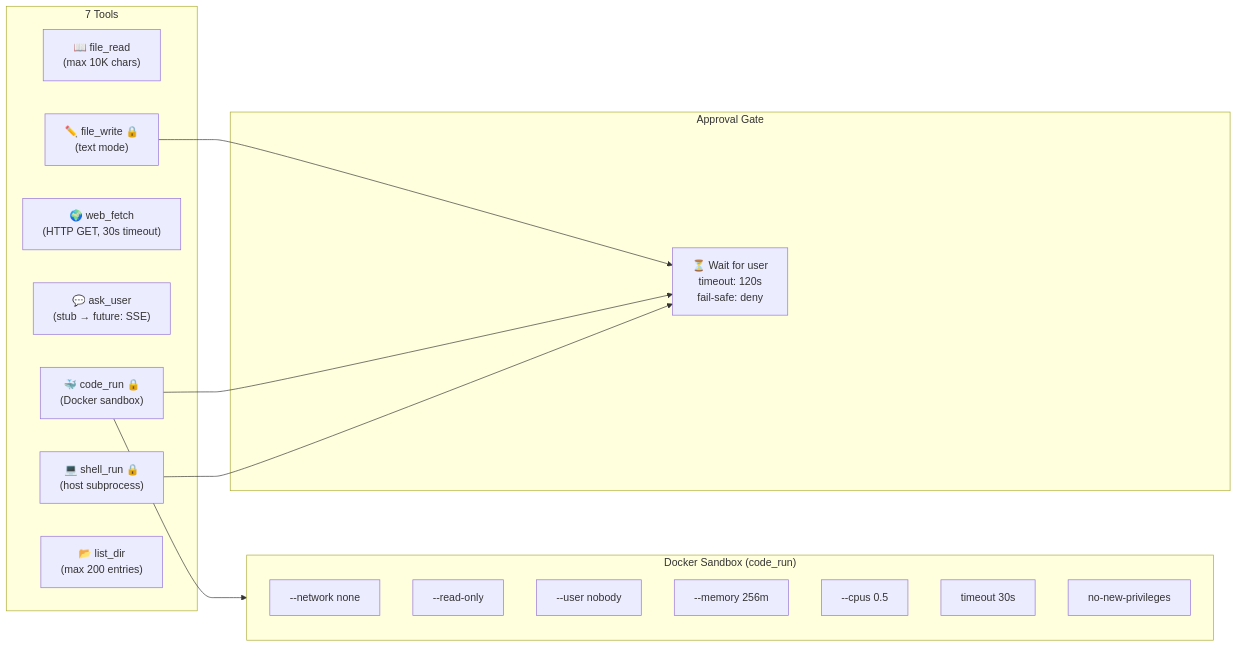
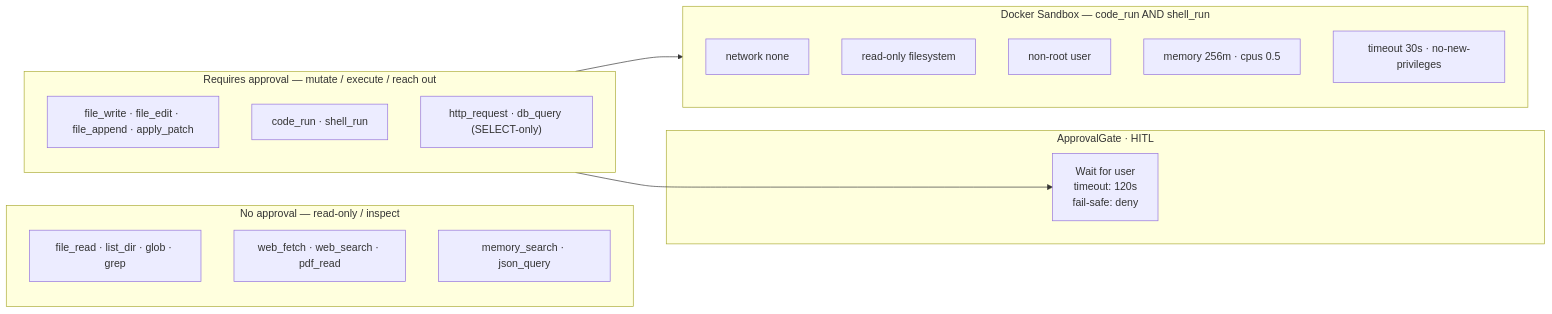
The third of 5 diagrams in README.md (MuhammadHasbiAshshiddieqy/OpenClawn), drawn with Mermaid before and after one commit. The commit also changed other lines of this file, not shown here.

First line of the commit message:
docs(readme): audit + fix diagrams, drop emoji, sync with actual code

````diff
--- a/README.md
+++ b/README.md
@@ -235,32 +254,32 @@
 ```mermaid
 flowchart LR
-    subgraph TOOLS_7["7 Tools"]
-        FR["📖 file_read<br/>(max 10K chars)"]
-        FW["✏️ file_write 🔒<br/>(text mode)"]
-        WF["🌍 web_fetch<br/>(HTTP GET, 30s timeout)"]
-        AU["💬 ask_user<br/>(stub → future: SSE)"]
-        CR["🐳 code_run 🔒<br/>(Docker sandbox)"]
-        SH["💻 shell_run 🔒<br/>(host subprocess)"]
-        LD["📂 list_dir<br/>(max 200 entries)"]
+    subgraph SAFE["No approval — read-only / inspect"]
+        direction TB
+        R1["file_read · list_dir · glob · grep"]
+        R2["web_fetch · web_search · pdf_read"]
+        R3["memory_search · json_query"]
     end
 
-    subgraph SANDBOX["Docker Sandbox (code_run)"]
+    subgraph GATED["Requires approval — mutate / execute / reach out"]
         direction TB
-        S1["--network none"]
-        S2["--read-only"]
-        S3["--user nobody"]
-        S4["--memory 256m"]
-        S5["--cpus 0.5"]
-        S6["timeout 30s"]
-        S7["no-new-privileges"]
+        G1["file_write · file_edit · file_append · apply_patch"]
+        G2["code_run · shell_run"]
+        G3["http_request · db_query (SELECT-only)"]
     end
 
-    subgraph APPROVAL_GATE["Approval Gate"]
-        AG["⏳ Wait for user<br/>timeout: 120s<br/>fail-safe: deny"]
+    subgraph APPROVAL_GATE["ApprovalGate · HITL"]
+        AG["Wait for user<br/>timeout: 120s<br/>fail-safe: deny"]
     end
 
-    FW --> AG
-    CR --> AG
-    SH --> AG
-    CR --> SANDBOX
+    subgraph SANDBOX["Docker Sandbox — code_run AND shell_run"]
+        direction TB
+        S1["network none"]
+        S2["read-only filesystem"]
+        S3["non-root user"]
+        S4["memory 256m · cpus 0.5"]
+        S5["timeout 30s · no-new-privileges"]
+    end
+
+    GATED --> AG
+    G2 --> SANDBOX
 ```
````
